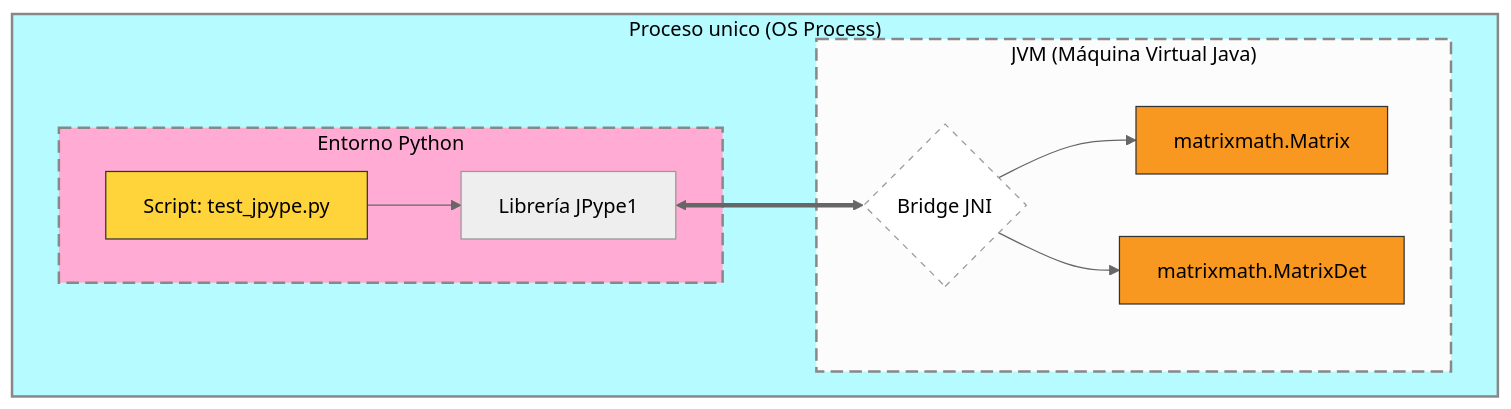
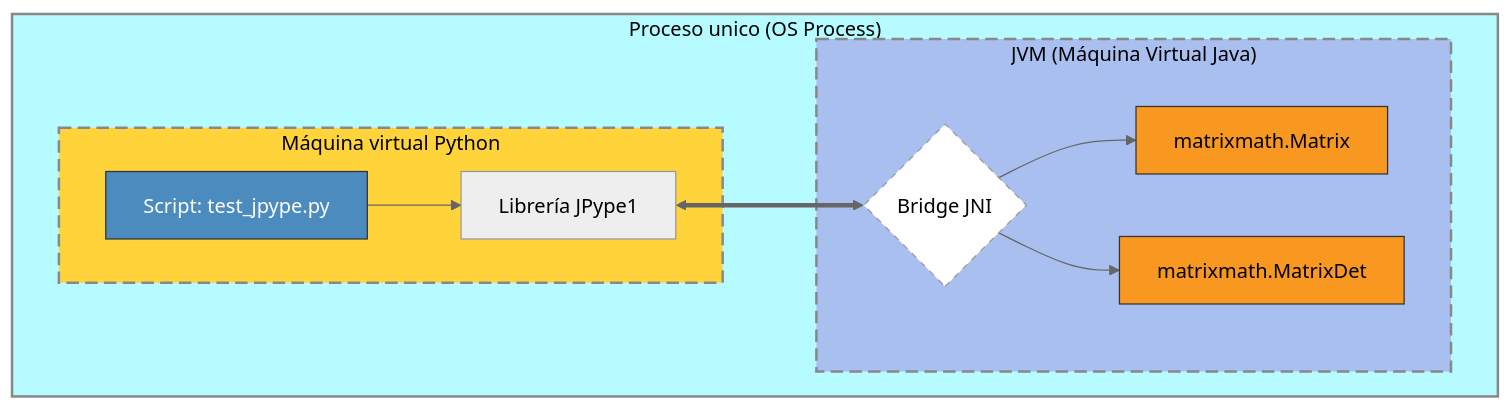
Before and after one commit to EricLuceroGonzalez/java-en-python: the second of 4 diagrams in README.md, drawn with Mermaid (neutral theme). The commit also changed other lines of this file, not shown here.

Commit message:
Update README to clarify Python virtual machine terminology and enhance integration instructions for JPype and Py4J

````diff
--- a/README.md
+++ b/README.md
@@ -167,27 +167,27 @@
 ```mermaid
-   flowchart TB
- subgraph SG2["Entorno Python"]
+      flowchart TB
+ subgraph SG2["Máquina virtual Python"]
         B["Librería JPype1"]
         A["Script: test_jpype.py"]
   end
  subgraph SG3["JVM (Máquina Virtual Java)"]
         D["matrixmath.Matrix"]
         C{"Bridge JNI"}
         E["matrixmath.MatrixDet"]
   end
  subgraph SG1["Proceso unico (OS Process)"]
         SG2
         SG3
   end
     A --> B
     B <==> C
     C --> D & E
 
-    style A fill:#ffd43b,stroke:#333,color:#000
+    style A fill:#4B8BBE,stroke:#333,color:#fff
     style C fill:#fff,stroke-dasharray: 5 5
     style D fill:#f89820,stroke:#333,color:#000
     style E fill:#f89820,stroke:#333,color:#000
     style SG1 fill:#b5fbff,stroke:#888,stroke-width:2px,color:#000
-    style SG2 fill:#ffabd4,stroke:#888,stroke-width:2px,stroke-dasharray: 10 5,color:#000
-    style SG3 stroke:#888,stroke-width:2px,stroke-dasharray: 10 5,color:#000
+    style SG2 fill:#ffd43b,stroke:#888,stroke-width:2px,stroke-dasharray: 10 5,color:#000
+    style SG3 fill:#A9BFEF, stroke:#888,stroke-width:2px,stroke-dasharray: 10 5,color:#000
 ```
````
